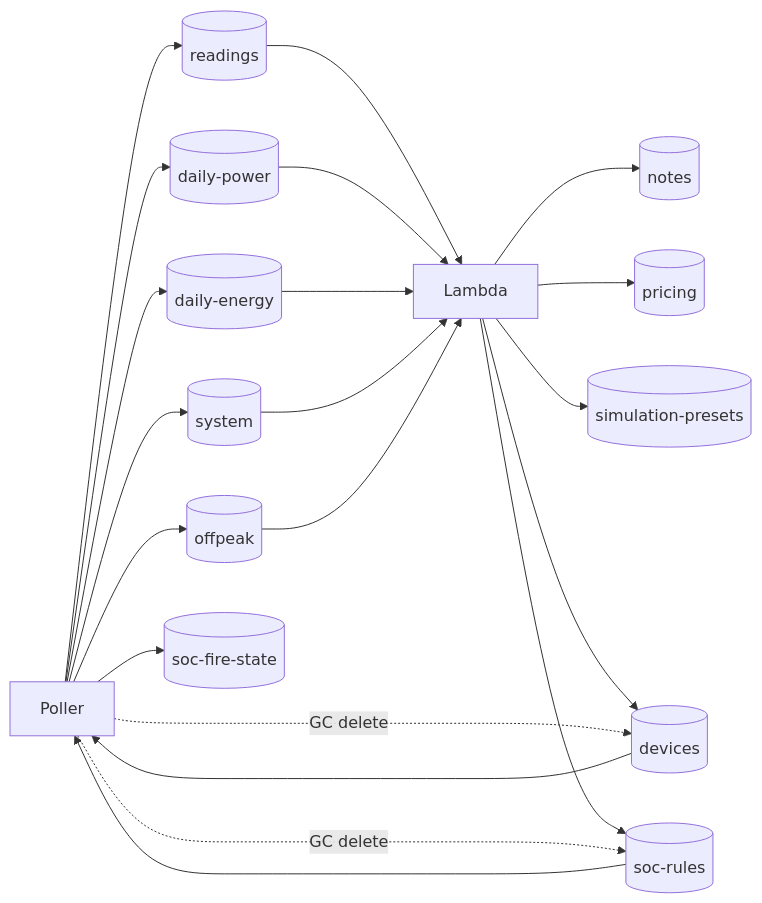
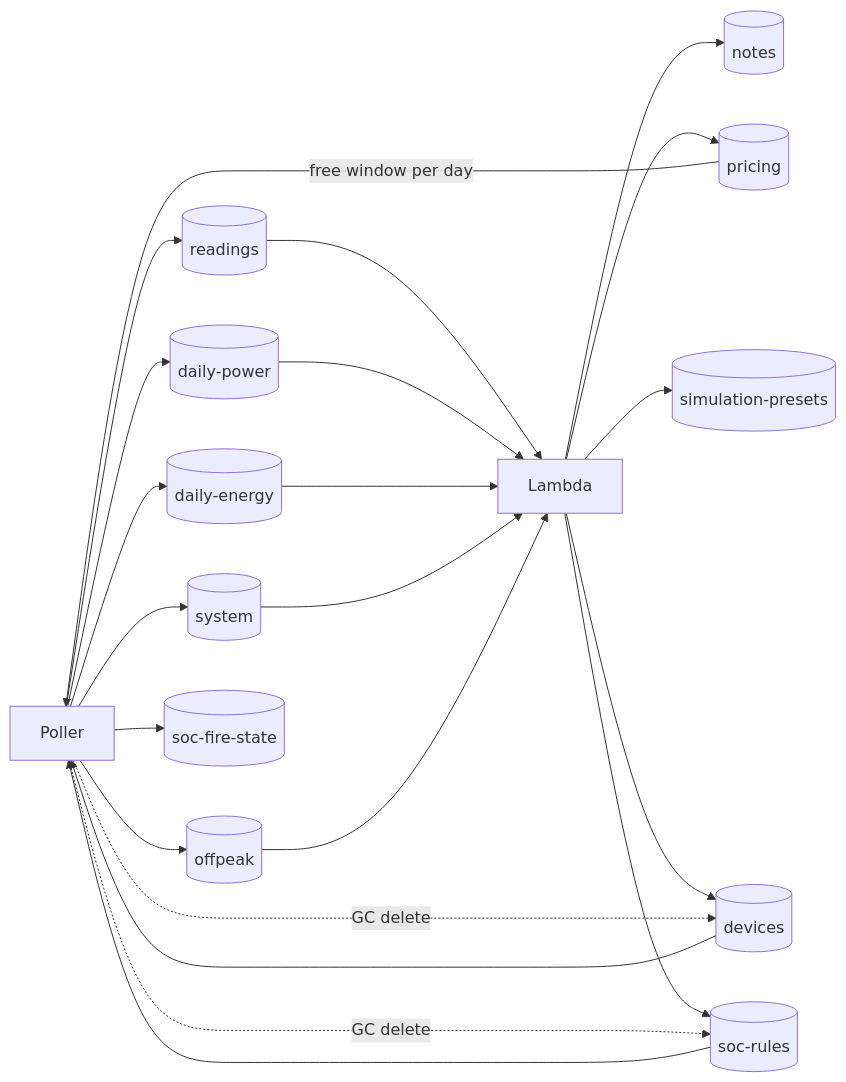
The fifth of 8 diagrams in docs/architecture-diagrams.md (ArjenSchwarz/flux), drawn with Mermaid before and after one commit. The commit also changed other lines of this file and 145 other files, not shown here.

````diff
--- a/docs/architecture-diagrams.md
+++ b/docs/architecture-diagrams.md
@@ -253,29 +263,30 @@
 ```mermaid
 flowchart LR
     poller["Poller"]
     lambda["Lambda"]
 
     poller --> readings[("readings")]
     poller --> dpower[("daily-power")]
     poller --> denergy[("daily-energy")]
     poller --> system[("system")]
     poller --> offpeak[("offpeak")]
     poller --> firestate[("soc-fire-state")]
 
     lambda --> notes[("notes")]
     lambda --> pricing[("pricing")]
     lambda --> presets[("simulation-presets")]
     lambda --> devices[("devices")]
     lambda --> rules[("soc-rules")]
 
     devices --> poller
     rules --> poller
+    pricing -->|free window per day| poller
     poller -.->|GC delete| devices
     poller -.->|GC delete| rules
 
     readings --> lambda
     dpower --> lambda
     denergy --> lambda
     system --> lambda
     offpeak --> lambda
 ```
````
